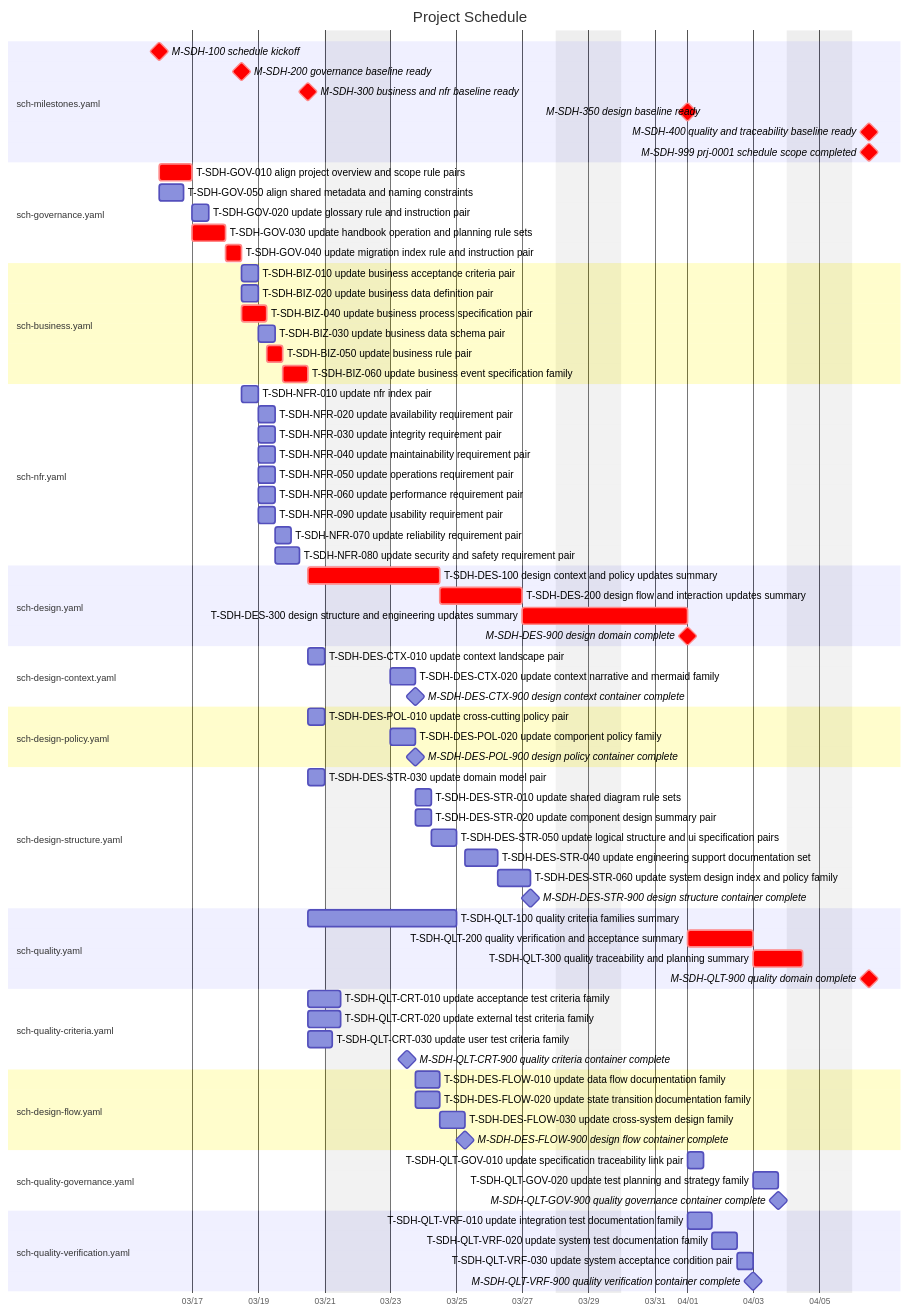
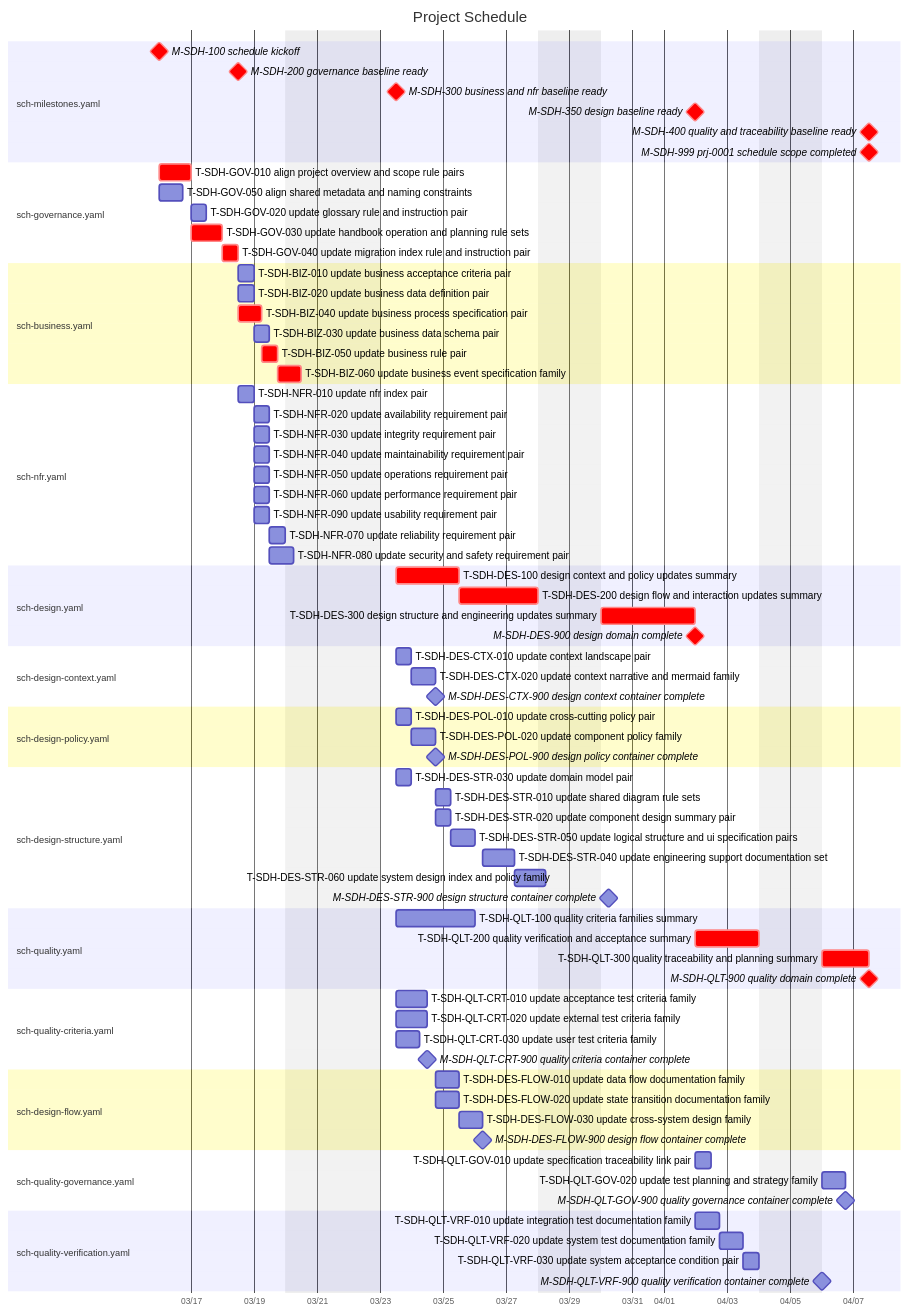
One commit to specdojo/spec-dojo-handbook changed the diagram in docs/ja/sdh-ja-projects/prj-0001/070-execution/generated/gantt.md. Above: the diagram before and after it, drawn with Mermaid. The commit also changed 19 other files, not shown here.

````diff
--- a/docs/ja/sdh-ja-projects/prj-0001/070-execution/generated/gantt.md
+++ b/docs/ja/sdh-ja-projects/prj-0001/070-execution/generated/gantt.md
@@ -12,14 +12,14 @@
   title Project Schedule
   dateFormat YYYY-MM-DD HH:mm
   axisFormat %m/%d
-  excludes sunday, saturday
+  excludes sunday, saturday, 2026-03-20
   section sch-milestones.yaml
   M-SDH-100 schedule kickoff : crit, milestone, task_M-SDH-100, 2026-03-16 00:00, 0d
   M-SDH-200 governance baseline ready : crit, milestone, task_M-SDH-200, 2026-03-18 12:00, 0d
-  M-SDH-300 business and nfr baseline ready : crit, milestone, task_M-SDH-300, 2026-03-20 12:00, 0d
-  M-SDH-350 design baseline ready : crit, milestone, task_M-SDH-350, 2026-04-01 00:00, 0d
-  M-SDH-400 quality and traceability baseline ready : crit, milestone, task_M-SDH-400, 2026-04-06 12:00, 0d
-  M-SDH-999 prj-0001 schedule scope completed : crit, milestone, task_M-SDH-999, 2026-04-06 12:00, 0d
+  M-SDH-300 business and nfr baseline ready : crit, milestone, task_M-SDH-300, 2026-03-23 12:00, 0d
+  M-SDH-350 design baseline ready : crit, milestone, task_M-SDH-350, 2026-04-02 00:00, 0d
+  M-SDH-400 quality and traceability baseline ready : crit, milestone, task_M-SDH-400, 2026-04-07 12:00, 0d
+  M-SDH-999 prj-0001 schedule scope completed : crit, milestone, task_M-SDH-999, 2026-04-07 12:00, 0d
   section sch-governance.yaml
   T-SDH-GOV-010 align project overview and scope rule pairs : crit, task_T-SDH-GOV-010, 2026-03-16 00:00, 1d
   T-SDH-GOV-050 align shared metadata and naming constraints : task_T-SDH-GOV-050, 2026-03-16 00:00, 18h
@@ -44,48 +44,48 @@
   T-SDH-NFR-070 update reliability requirement pair : task_T-SDH-NFR-070, 2026-03-19 12:00, 12h
   T-SDH-NFR-080 update security and safety requirement pair : task_T-SDH-NFR-080, 2026-03-19 12:00, 18h
   section sch-design.yaml
-  T-SDH-DES-100 design context and policy updates summary : crit, task_T-SDH-DES-100, 2026-03-20 12:00, 2d
-  T-SDH-DES-200 design flow and interaction updates summary : crit, task_T-SDH-DES-200, 2026-03-24 12:00, 60h
-  T-SDH-DES-300 design structure and engineering updates summary : crit, task_T-SDH-DES-300, 2026-03-27 00:00, 3d
-  M-SDH-DES-900 design domain complete : crit, milestone, task_M-SDH-DES-900, 2026-04-01 00:00, 0d
+  T-SDH-DES-100 design context and policy updates summary : crit, task_T-SDH-DES-100, 2026-03-23 12:00, 2d
+  T-SDH-DES-200 design flow and interaction updates summary : crit, task_T-SDH-DES-200, 2026-03-25 12:00, 60h
+  T-SDH-DES-300 design structure and engineering updates summary : crit, task_T-SDH-DES-300, 2026-03-30 00:00, 3d
+  M-SDH-DES-900 design domain complete : crit, milestone, task_M-SDH-DES-900, 2026-04-02 00:00, 0d
   section sch-design-context.yaml
-  T-SDH-DES-CTX-010 update context landscape pair : task_T-SDH-DES-CTX-010, 2026-03-20 12:00, 12h
-  T-SDH-DES-CTX-020 update context narrative and mermaid family : task_T-SDH-DES-CTX-020, 2026-03-23 00:00, 18h
-  M-SDH-DES-CTX-900 design context container complete : milestone, task_M-SDH-DES-CTX-900, 2026-03-23 18:00, 0d
+  T-SDH-DES-CTX-010 update context landscape pair : task_T-SDH-DES-CTX-010, 2026-03-23 12:00, 12h
+  T-SDH-DES-CTX-020 update context narrative and mermaid family : task_T-SDH-DES-CTX-020, 2026-03-24 00:00, 18h
+  M-SDH-DES-CTX-900 design context container complete : milestone, task_M-SDH-DES-CTX-900, 2026-03-24 18:00, 0d
   section sch-design-policy.yaml
-  T-SDH-DES-POL-010 update cross-cutting policy pair : task_T-SDH-DES-POL-010, 2026-03-20 12:00, 12h
-  T-SDH-DES-POL-020 update component policy family : task_T-SDH-DES-POL-020, 2026-03-23 00:00, 18h
-  M-SDH-DES-POL-900 design policy container complete : milestone, task_M-SDH-DES-POL-900, 2026-03-23 18:00, 0d
+  T-SDH-DES-POL-010 update cross-cutting policy pair : task_T-SDH-DES-POL-010, 2026-03-23 12:00, 12h
+  T-SDH-DES-POL-020 update component policy family : task_T-SDH-DES-POL-020, 2026-03-24 00:00, 18h
+  M-SDH-DES-POL-900 design policy container complete : milestone, task_M-SDH-DES-POL-900, 2026-03-24 18:00, 0d
   section sch-design-structure.yaml
-  T-SDH-DES-STR-030 update domain model pair : task_T-SDH-DES-STR-030, 2026-03-20 12:00, 12h
-  T-SDH-DES-STR-010 update shared diagram rule sets : task_T-SDH-DES-STR-010, 2026-03-23 18:00, 12h
-  T-SDH-DES-STR-020 update component design summary pair : task_T-SDH-DES-STR-020, 2026-03-23 18:00, 12h
-  T-SDH-DES-STR-050 update logical structure and ui specification pairs : task_T-SDH-DES-STR-050, 2026-03-24 06:00, 18h
-  T-SDH-DES-STR-040 update engineering support documentation set : task_T-SDH-DES-STR-040, 2026-03-25 06:00, 1d
-  T-SDH-DES-STR-060 update system design index and policy family : task_T-SDH-DES-STR-060, 2026-03-26 06:00, 1d
-  M-SDH-DES-STR-900 design structure container complete : milestone, task_M-SDH-DES-STR-900, 2026-03-27 06:00, 0d
+  T-SDH-DES-STR-030 update domain model pair : task_T-SDH-DES-STR-030, 2026-03-23 12:00, 12h
+  T-SDH-DES-STR-010 update shared diagram rule sets : task_T-SDH-DES-STR-010, 2026-03-24 18:00, 12h
+  T-SDH-DES-STR-020 update component design summary pair : task_T-SDH-DES-STR-020, 2026-03-24 18:00, 12h
+  T-SDH-DES-STR-050 update logical structure and ui specification pairs : task_T-SDH-DES-STR-050, 2026-03-25 06:00, 18h
+  T-SDH-DES-STR-040 update engineering support documentation set : task_T-SDH-DES-STR-040, 2026-03-26 06:00, 1d
+  T-SDH-DES-STR-060 update system design index and policy family : task_T-SDH-DES-STR-060, 2026-03-27 06:00, 1d
+  M-SDH-DES-STR-900 design structure container complete : milestone, task_M-SDH-DES-STR-900, 2026-03-30 06:00, 0d
   section sch-quality.yaml
-  T-SDH-QLT-100 quality criteria families summary : task_T-SDH-QLT-100, 2026-03-20 12:00, 60h
-  T-SDH-QLT-200 quality verification and acceptance summary : crit, task_T-SDH-QLT-200, 2026-04-01 00:00, 2d
-  T-SDH-QLT-300 quality traceability and planning summary : crit, task_T-SDH-QLT-300, 2026-04-03 00:00, 36h
-  M-SDH-QLT-900 quality domain complete : crit, milestone, task_M-SDH-QLT-900, 2026-04-06 12:00, 0d
+  T-SDH-QLT-100 quality criteria families summary : task_T-SDH-QLT-100, 2026-03-23 12:00, 60h
+  T-SDH-QLT-200 quality verification and acceptance summary : crit, task_T-SDH-QLT-200, 2026-04-02 00:00, 2d
+  T-SDH-QLT-300 quality traceability and planning summary : crit, task_T-SDH-QLT-300, 2026-04-06 00:00, 36h
+  M-SDH-QLT-900 quality domain complete : crit, milestone, task_M-SDH-QLT-900, 2026-04-07 12:00, 0d
   section sch-quality-criteria.yaml
-  T-SDH-QLT-CRT-010 update acceptance test criteria family : task_T-SDH-QLT-CRT-010, 2026-03-20 12:00, 1d
-  T-SDH-QLT-CRT-020 update external test criteria family : task_T-SDH-QLT-CRT-020, 2026-03-20 12:00, 1d
-  T-SDH-QLT-CRT-030 update user test criteria family : task_T-SDH-QLT-CRT-030, 2026-03-20 12:00, 18h
-  M-SDH-QLT-CRT-900 quality criteria container complete : milestone, task_M-SDH-QLT-CRT-900, 2026-03-23 12:00, 0d
+  T-SDH-QLT-CRT-010 update acceptance test criteria family : task_T-SDH-QLT-CRT-010, 2026-03-23 12:00, 1d
+  T-SDH-QLT-CRT-020 update external test criteria family : task_T-SDH-QLT-CRT-020, 2026-03-23 12:00, 1d
+  T-SDH-QLT-CRT-030 update user test criteria family : task_T-SDH-QLT-CRT-030, 2026-03-23 12:00, 18h
+  M-SDH-QLT-CRT-900 quality criteria container complete : milestone, task_M-SDH-QLT-CRT-900, 2026-03-24 12:00, 0d
   section sch-design-flow.yaml
-  T-SDH-DES-FLOW-010 update data flow documentation family : task_T-SDH-DES-FLOW-010, 2026-03-23 18:00, 18h
-  T-SDH-DES-FLOW-020 update state transition documentation family : task_T-SDH-DES-FLOW-020, 2026-03-23 18:00, 18h
-  T-SDH-DES-FLOW-030 update cross-system design family : task_T-SDH-DES-FLOW-030, 2026-03-24 12:00, 18h
-  M-SDH-DES-FLOW-900 design flow container complete : milestone, task_M-SDH-DES-FLOW-900, 2026-03-25 06:00, 0d
+  T-SDH-DES-FLOW-010 update data flow documentation family : task_T-SDH-DES-FLOW-010, 2026-03-24 18:00, 18h
+  T-SDH-DES-FLOW-020 update state transition documentation family : task_T-SDH-DES-FLOW-020, 2026-03-24 18:00, 18h
+  T-SDH-DES-FLOW-030 update cross-system design family : task_T-SDH-DES-FLOW-030, 2026-03-25 12:00, 18h
+  M-SDH-DES-FLOW-900 design flow container complete : milestone, task_M-SDH-DES-FLOW-900, 2026-03-26 06:00, 0d
   section sch-quality-governance.yaml
-  T-SDH-QLT-GOV-010 update specification traceability link pair : task_T-SDH-QLT-GOV-010, 2026-04-01 00:00, 12h
-  T-SDH-QLT-GOV-020 update test planning and strategy family : task_T-SDH-QLT-GOV-020, 2026-04-03 00:00, 18h
-  M-SDH-QLT-GOV-900 quality governance container complete : milestone, task_M-SDH-QLT-GOV-900, 2026-04-03 18:00, 0d
+  T-SDH-QLT-GOV-010 update specification traceability link pair : task_T-SDH-QLT-GOV-010, 2026-04-02 00:00, 12h
+  T-SDH-QLT-GOV-020 update test planning and strategy family : task_T-SDH-QLT-GOV-020, 2026-04-06 00:00, 18h
+  M-SDH-QLT-GOV-900 quality governance container complete : milestone, task_M-SDH-QLT-GOV-900, 2026-04-06 18:00, 0d
   section sch-quality-verification.yaml
-  T-SDH-QLT-VRF-010 update integration test documentation family : task_T-SDH-QLT-VRF-010, 2026-04-01 00:00, 18h
-  T-SDH-QLT-VRF-020 update system test documentation family : task_T-SDH-QLT-VRF-020, 2026-04-01 18:00, 18h
-  T-SDH-QLT-VRF-030 update system acceptance condition pair : task_T-SDH-QLT-VRF-030, 2026-04-02 12:00, 12h
-  M-SDH-QLT-VRF-900 quality verification container complete : milestone, task_M-SDH-QLT-VRF-900, 2026-04-03 00:00, 0d
+  T-SDH-QLT-VRF-010 update integration test documentation family : task_T-SDH-QLT-VRF-010, 2026-04-02 00:00, 18h
+  T-SDH-QLT-VRF-020 update system test documentation family : task_T-SDH-QLT-VRF-020, 2026-04-02 18:00, 18h
+  T-SDH-QLT-VRF-030 update system acceptance condition pair : task_T-SDH-QLT-VRF-030, 2026-04-03 12:00, 12h
+  M-SDH-QLT-VRF-900 quality verification container complete : milestone, task_M-SDH-QLT-VRF-900, 2026-04-06 00:00, 0d
 ```
````
